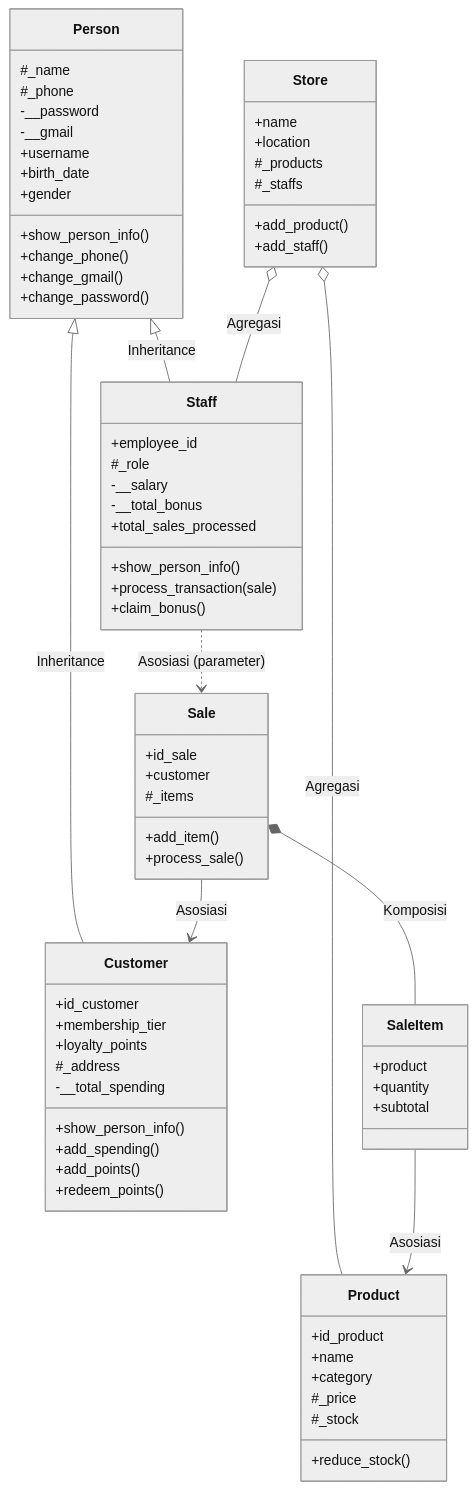
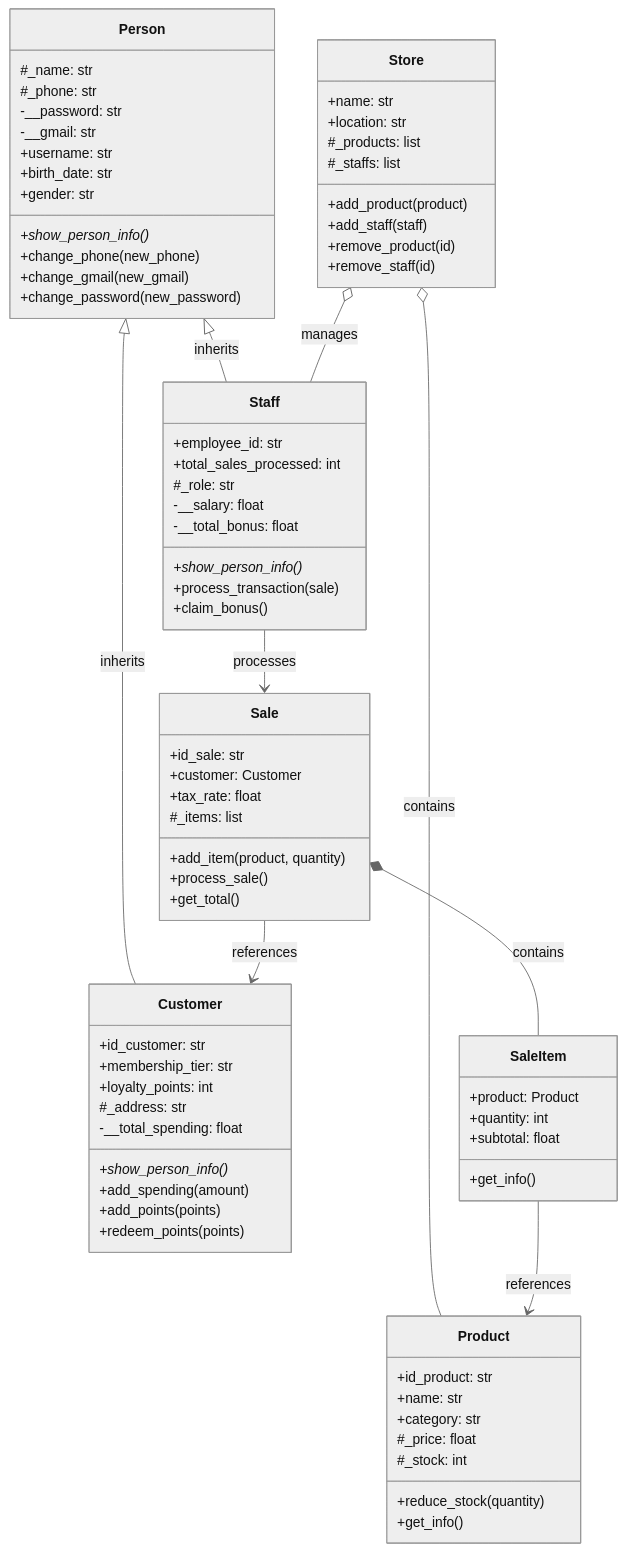
The diagram in posttest/posttest2/README.md (Alfauzi-S/Praktikum-PBO), drawn with Mermaid (neutral theme) before and after one commit. The commit also changed other lines of this file, not shown here.

Commit message:
Fix UML diagram - improve notation and readability

````diff
--- a/posttest/posttest2/README.md
+++ b/posttest/posttest2/README.md
@@ -65,74 +65,95 @@
 ```mermaid
 classDiagram
+    direction TB
+    
     class Person {
-        #_name
-        #_phone
-        -__password
-        -__gmail
-        +username
-        +birth_date
-        +gender
-        +show_person_info()
-        +change_phone()
-        +change_gmail()
-        +change_password()
+        #_name: str
+        #_phone: str
+        -__password: str
+        -__gmail: str
+        +username: str
+        +birth_date: str
+        +gender: str
+        +show_person_info()*
+        +change_phone(new_phone)
+        +change_gmail(new_gmail)
+        +change_password(new_password)
     }
+    
     class Customer {
-        +id_customer
-        +membership_tier
-        +loyalty_points
-        #_address
-        -__total_spending
-        +show_person_info()
-        +add_spending()
-        +add_points()
-        +redeem_points()
+        +id_customer: str
+        +membership_tier: str
+        +loyalty_points: int
+        #_address: str
+        -__total_spending: float
+        +show_person_info()*
+        +add_spending(amount)
+        +add_points(points)
+        +redeem_points(points)
     }
+    
     class Staff {
-        +employee_id
-        #_role
-        -__salary
-        -__total_bonus
-        +total_sales_processed
-        +show_person_info()
+        +employee_id: str
+        +total_sales_processed: int
+        #_role: str
+        -__salary: float
+        -__total_bonus: float
+        +show_person_info()*
         +process_transaction(sale)
         +claim_bonus()
     }
+    
     class Store {
-        +name
-        +location
-        #_products
-        #_staffs
-        +add_product()
-        +add_staff()
+        +name: str
+        +location: str
+        #_products: list
+        #_staffs: list
+        +add_product(product)
+        +add_staff(staff)
+        +remove_product(id)
+        +remove_staff(id)
     }
+    
     class Product {
-        +id_product
-        +name
-        +category
-        #_price
-        #_stock
-        +reduce_stock()
+        +id_product: str
+        +name: str
+        +category: str
+        #_price: float
+        #_stock: int
+        +reduce_stock(quantity)
+        +get_info()
     }
+    
     class Sale {
-        +id_sale
-        +customer
-        #_items
-        +add_item()
+        +id_sale: str
+        +customer: Customer
+        +tax_rate: float
+        #_items: list
+        +add_item(product, quantity)
         +process_sale()
+        +get_total()
     }
+    
     class SaleItem {
-        +product
-        +quantity
-        +subtotal
+        +product: Product
+        +quantity: int
+        +subtotal: float
+        +get_info()
     }
 
-    Person <|-- Customer : Inheritance
-    Person <|-- Staff : Inheritance
-    Store o-- Product : Agregasi
-    Store o-- Staff : Agregasi
-    Sale *-- SaleItem : Komposisi
-    Sale --> Customer : Asosiasi
-    SaleItem --> Product : Asosiasi
-    Staff ..> Sale : Asosiasi (parameter)
+    %% Inheritance
+    Person <|-- Customer : inherits
+    Person <|-- Staff : inherits
+    
+    %% Aggregation (whole-part, part can exist independently)
+    Store o-- Product : contains
+    Store o-- Staff : manages
+    
+    %% Composition (whole-part, part cannot exist without whole)
+    Sale *-- SaleItem : contains
+    
+    %% Association (usage/dependency)
+    Sale --> Customer : references
+    SaleItem --> Product : references
+    Staff --> Sale : processes
 ```
````
